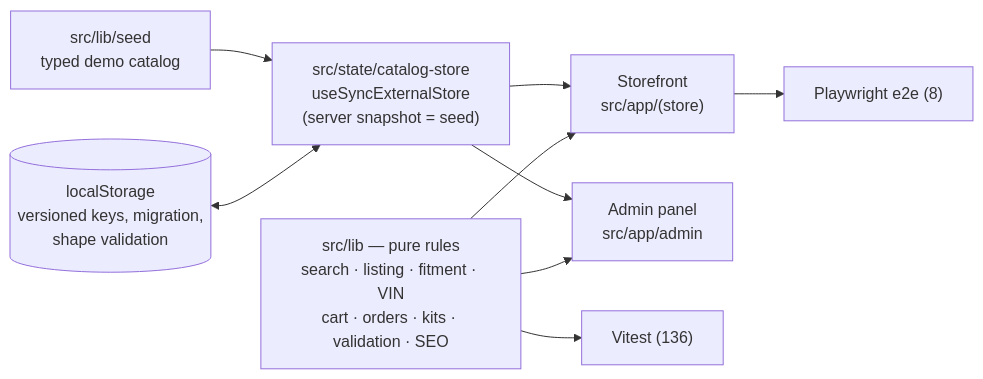
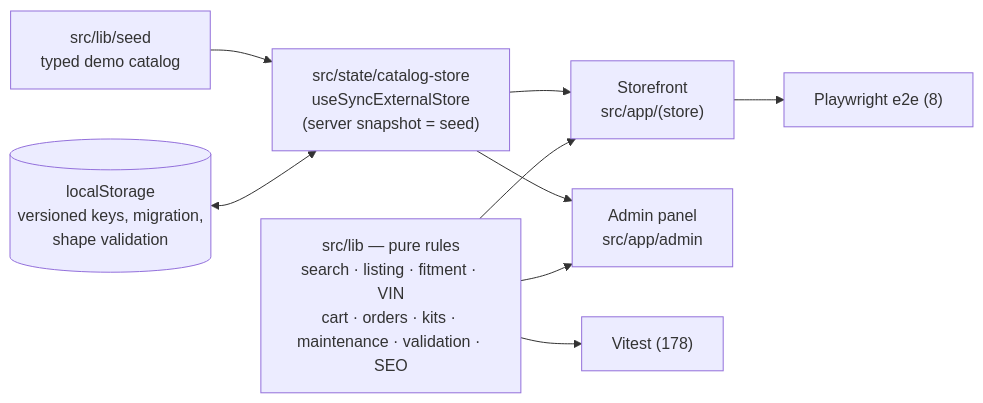
The diagram in README.md (kursatdemirdelen/car-parts-shop), drawn with Mermaid before and after one commit. The commit also changed other lines of this file and 6 other files, not shown here.

````diff
--- a/README.md
+++ b/README.md
@@ -45,11 +46,11 @@
 ```mermaid
 flowchart LR
   seed["src/lib/seed<br/>typed demo catalog"] --> store["src/state/catalog-store<br/>useSyncExternalStore<br/>(server snapshot = seed)"]
   ls[("localStorage<br/>versioned keys, migration,<br/>shape validation")] <--> store
   store --> storefront["Storefront<br/>src/app/(store)"]
   store --> admin["Admin panel<br/>src/app/admin"]
-  rules["src/lib — pure rules<br/>search · listing · fitment · VIN<br/>cart · orders · kits · validation · SEO"] --> storefront
+  rules["src/lib — pure rules<br/>search · listing · fitment · VIN<br/>cart · orders · kits · maintenance · validation · SEO"] --> storefront
   rules --> admin
-  rules --> tests["Vitest (136)"]
+  rules --> tests["Vitest (178)"]
   storefront --> e2e["Playwright e2e (8)"]
 ```
````
